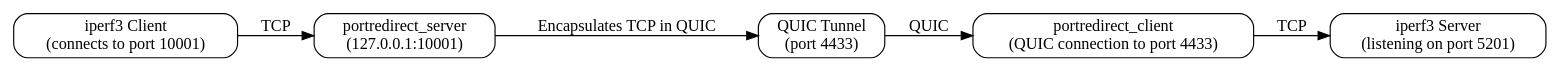
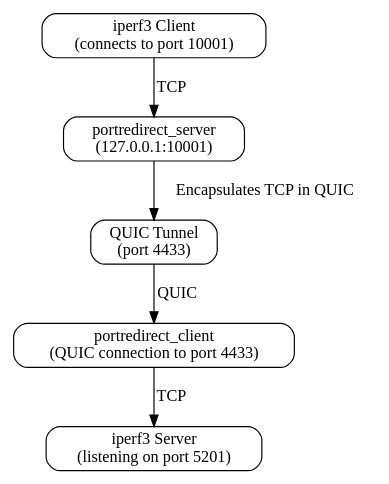
One commit to unspezifisch/portredirect changed the diagram in docs/benchmark_tunneled_test.dot. Above: the diagram before and after it, drawn with Graphviz. The commit also changed 1 other file, not shown here.

```diff
--- a/docs/benchmark_tunneled_test.dot
+++ b/docs/benchmark_tunneled_test.dot
@@ -1,15 +1,15 @@
 digraph tunneled_test {
-  rankdir=LR;
+  rankdir=TB;
   node [shape=box, style=rounded];
   
   iperf3_client [label="iperf3 Client\n(connects to port 10001)"];
   portredirect_server [label="portredirect_server\n(127.0.0.1:10001)"];
   quic_tunnel [label="QUIC Tunnel\n(port 4433)"];
   portredirect_client [label="portredirect_client\n(QUIC connection to port 4433)"];
   iperf3_server [label="iperf3 Server\n(listening on port 5201)"];
   
   iperf3_client -> portredirect_server [label="TCP"];
   portredirect_server -> quic_tunnel [label="Encapsulates TCP in QUIC"];
   quic_tunnel -> portredirect_client [label="QUIC"];
   portredirect_client -> iperf3_server [label="TCP"];
 }
```
